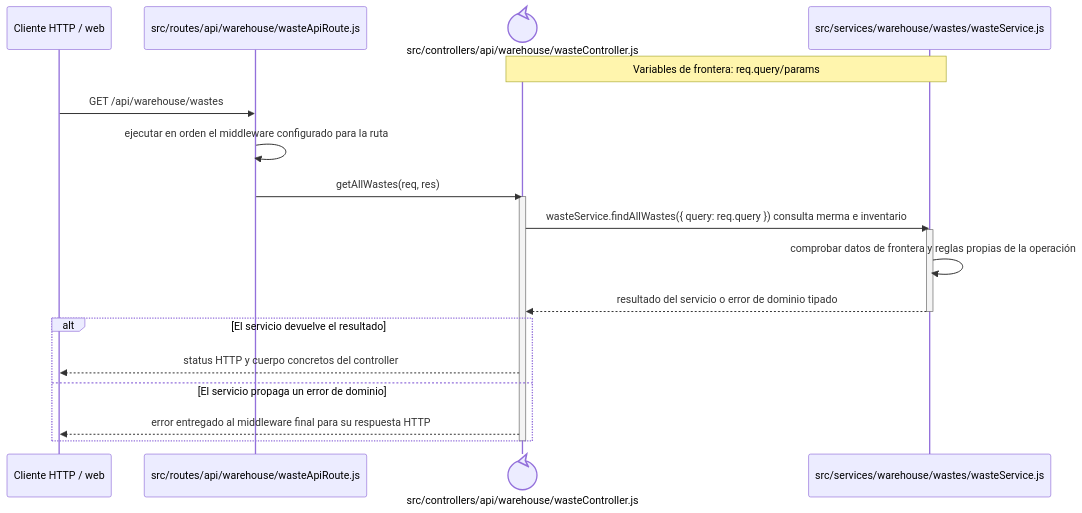
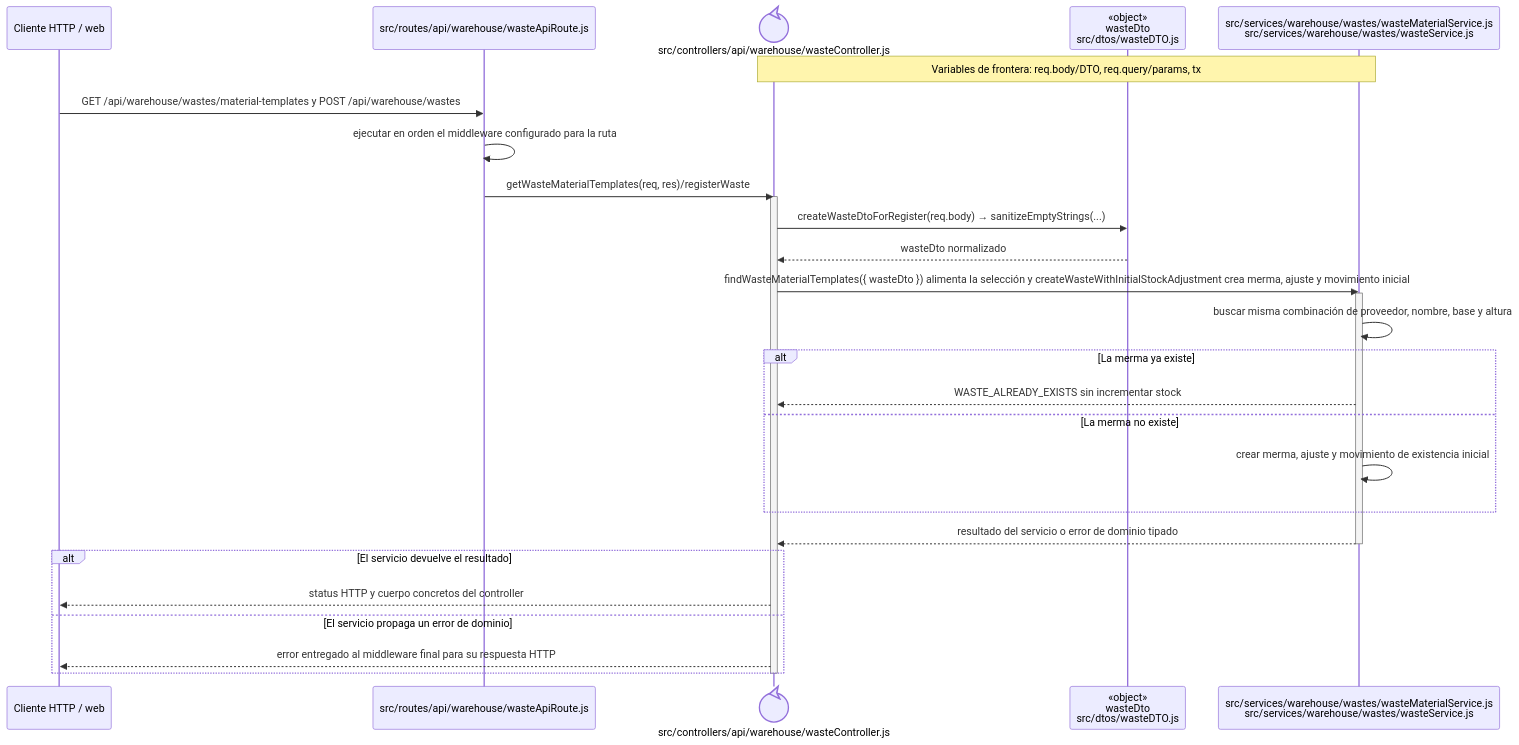
The diagram in docs/architecture/backend-code-sequences/catalogs/cu-cat-19.md (gpgsistemas01/nexus), drawn with Mermaid before and after one commit. The commit also changed other lines of this file and 207 other files, not shown here.

````diff
--- a/docs/architecture/backend-code-sequences/catalogs/cu-cat-19.md
+++ b/docs/architecture/backend-code-sequences/catalogs/cu-cat-19.md
@@ -6,24 +6,32 @@
 ```mermaid
 sequenceDiagram
     participant Client as Cliente HTTP / web
     participant Route as src/routes/api/warehouse/wasteApiRoute.js
     participant Controller@{ "type": "control" } as src/controllers/api/warehouse/wasteController.js
-    participant Domain as src/services/warehouse/wastes/wasteService.js
-    Note over Controller,Domain: Variables de frontera: req.query/params
+    participant WasteDto as «object»<br/>wasteDto<br/>src/dtos/wasteDTO.js
+    participant Domain as src/services/warehouse/wastes/wasteMaterialService.js<br/>src/services/warehouse/wastes/wasteService.js
+    Note over Controller,Domain: Variables de frontera: req.body/DTO, req.query/params, tx
 
-    Client->>Route: GET /api/warehouse/wastes
+    Client->>Route: GET /api/warehouse/wastes/material-templates y POST /api/warehouse/wastes
     Route->>Route: ejecutar en orden el middleware configurado para la ruta
-    Route->>Controller: getAllWastes(req, res)
+    Route->>Controller: getWasteMaterialTemplates(req, res)/registerWaste
     activate Controller
-    Controller->>Domain: wasteService.findAllWastes({ query: req.query }) consulta merma e inventario
+    Controller->>WasteDto: createWasteDtoForRegister(req.body) → sanitizeEmptyStrings(...)
+    WasteDto-->>Controller: wasteDto normalizado
+    Controller->>Domain: findWasteMaterialTemplates({ wasteDto }) alimenta la selección y createWasteWithInitialStockAdjustment crea merma, ajuste y movimiento inicial
     activate Domain
-    Domain->>Domain: comprobar datos de frontera y reglas propias de la operación
+    Domain->>Domain: buscar misma combinación de proveedor, nombre, base y altura
+    alt La merma ya existe
+        Domain-->>Controller: WASTE_ALREADY_EXISTS sin incrementar stock
+    else La merma no existe
+        Domain->>Domain: crear merma, ajuste y movimiento de existencia inicial
+    end
     Domain-->>Controller: resultado del servicio o error de dominio tipado
     deactivate Domain
     alt El servicio devuelve el resultado
         Controller-->>Client: status HTTP y cuerpo concretos del controller
     else El servicio propaga un error de dominio
         Controller-->>Client: error entregado al middleware final para su respuesta HTTP
     end
     deactivate Controller
 ```
````
